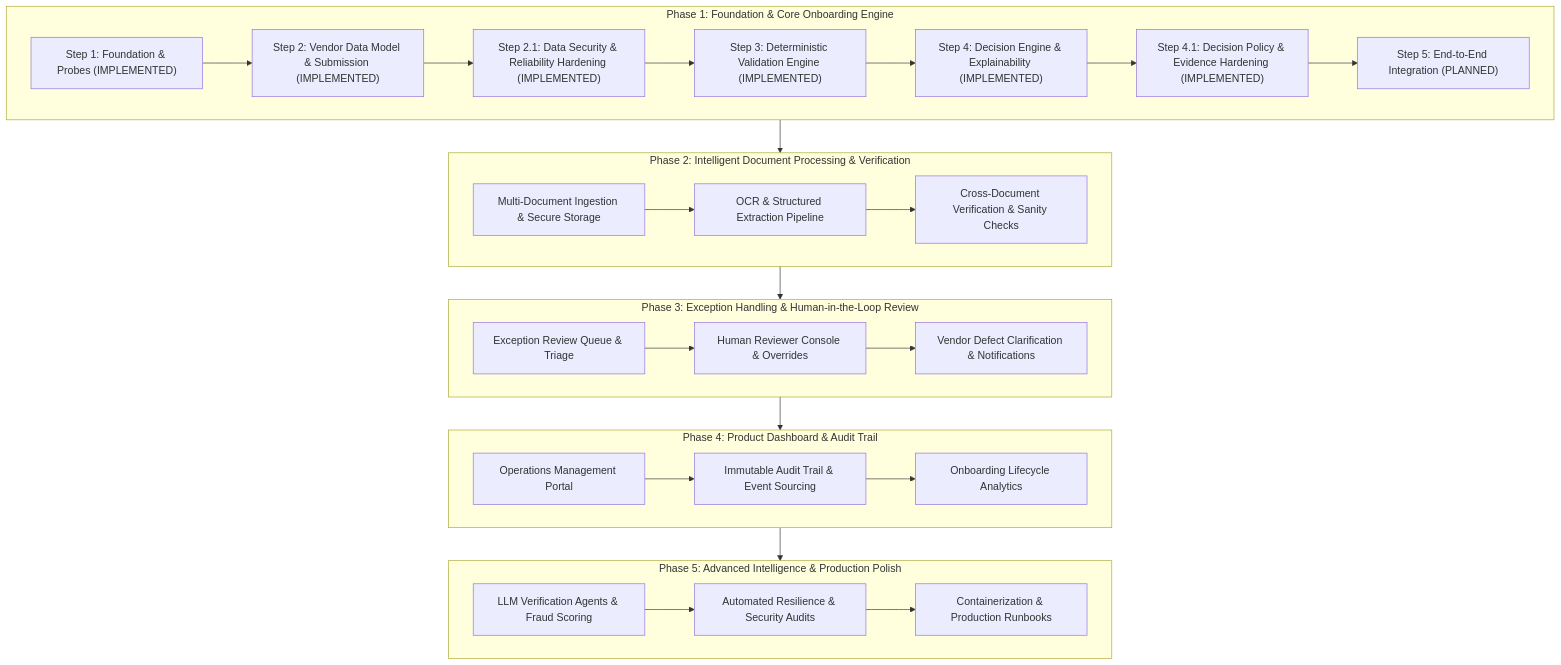
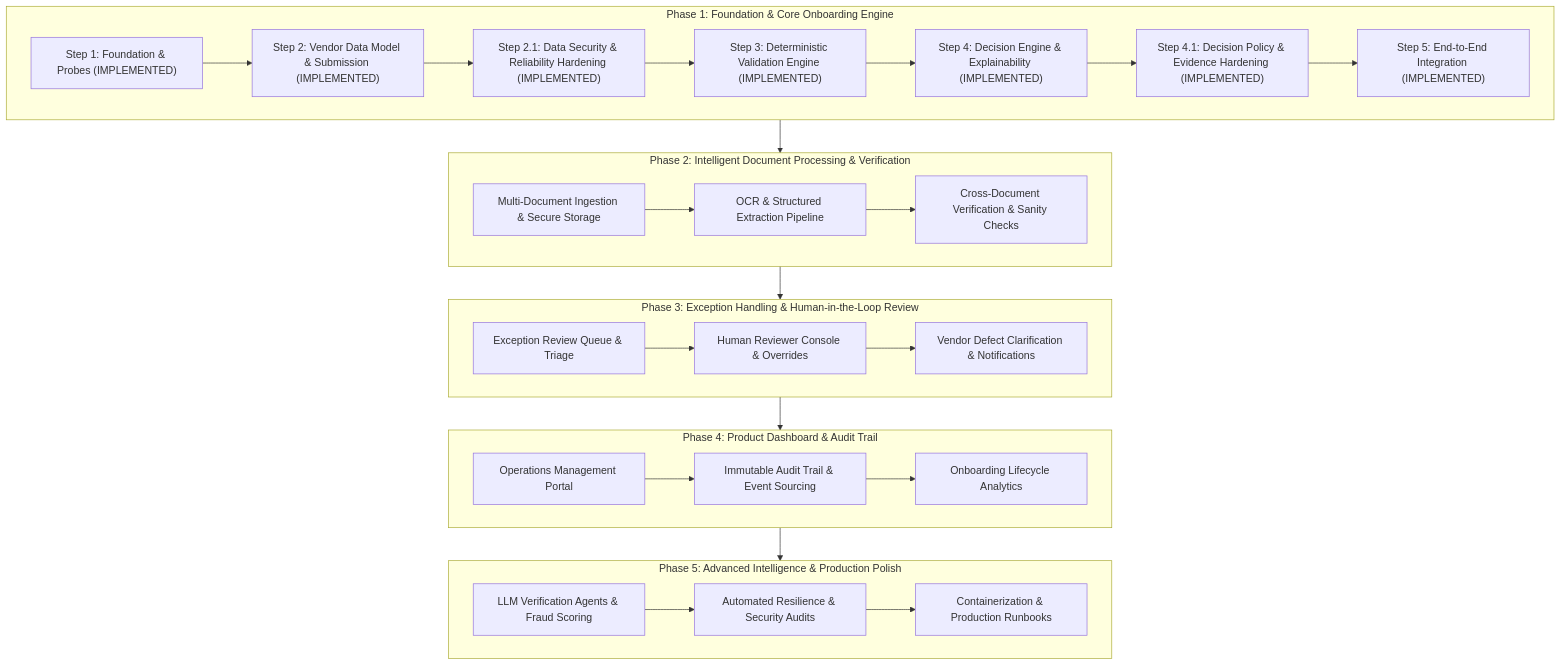
One commit to Tocoung/Zamp changed the diagram in docs/architecture.md. Above: the diagram before and after it, drawn with Mermaid. The commit also changed other lines of this file and 15 other files, not shown here.

Commit message:
feat(step5): end-to-end integration, lifecycle history, and testing

````diff
--- a/docs/architecture.md
+++ b/docs/architecture.md
@@ -278,36 +348,36 @@
 ```mermaid
 flowchart TD
     subgraph P1["Phase 1: Foundation & Core Onboarding Engine"]
         F1["Step 1: Foundation & Probes (IMPLEMENTED)"] --> F2["Step 2: Vendor Data Model & Submission (IMPLEMENTED)"]
         F2 --> F2_1["Step 2.1: Data Security & Reliability Hardening (IMPLEMENTED)"]
         F2_1 --> F3["Step 3: Deterministic Validation Engine (IMPLEMENTED)"]
         F3 --> F4["Step 4: Decision Engine & Explainability (IMPLEMENTED)"]
         F4 --> F4_1["Step 4.1: Decision Policy & Evidence Hardening (IMPLEMENTED)"]
-        F4_1 --> F5["Step 5: End-to-End Integration (PLANNED)"]
+        F4_1 --> F5["Step 5: End-to-End Integration (IMPLEMENTED)"]
     end
 
     subgraph P2["Phase 2: Intelligent Document Processing & Verification"]
         D1["Multi-Document Ingestion & Secure Storage"] --> D2["OCR & Structured Extraction Pipeline"]
         D2 --> D3["Cross-Document Verification & Sanity Checks"]
     end
 
     subgraph P3["Phase 3: Exception Handling & Human-in-the-Loop Review"]
         E1["Exception Review Queue & Triage"] --> E2["Human Reviewer Console & Overrides"]
         E2 --> E3["Vendor Defect Clarification & Notifications"]
     end
 
     subgraph P4["Phase 4: Product Dashboard & Audit Trail"]
         U1["Operations Management Portal"] --> U2["Immutable Audit Trail & Event Sourcing"]
         U2 --> U3["Onboarding Lifecycle Analytics"]
     end
 
     subgraph P5["Phase 5: Advanced Intelligence & Production Polish"]
         A1["LLM Verification Agents & Fraud Scoring"] --> A2["Automated Resilience & Security Audits"]
         A2 --> A3["Containerization & Production Runbooks"]
     end
 
     P1 --> P2
     P2 --> P3
     P3 --> P4
     P4 --> P5
 ```
````
